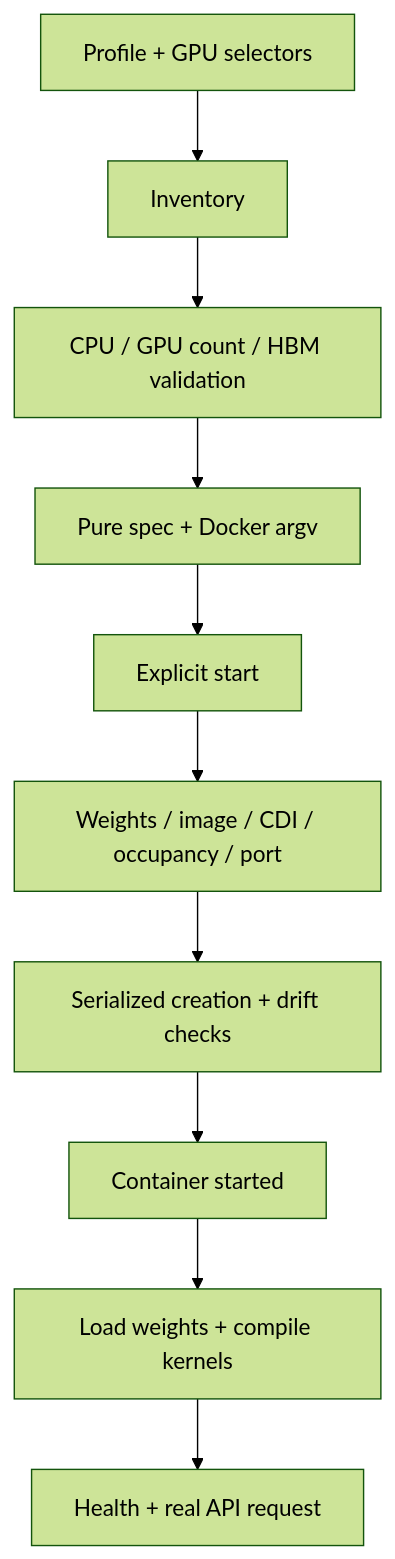
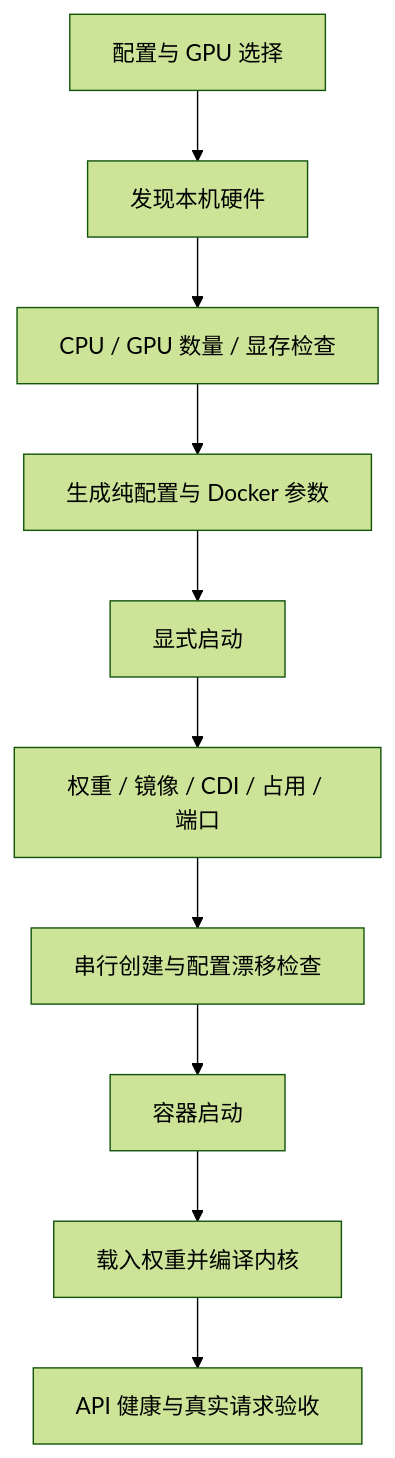
The diagram in docs/architecture.md (junli-nv/local-ai), drawn with Mermaid (forest theme) before and after one commit. The commit also changed other lines of this file and 13 other files, not shown here.

````diff
--- a/docs/architecture.md
+++ b/docs/architecture.md
@@ -31,12 +31,12 @@
 ```mermaid
 flowchart TD
-    Inputs[Profile + GPU selectors] --> Inventory
-    Inventory --> Policy[CPU / GPU count / HBM validation]
-    Policy --> Plan[Pure spec + Docker argv]
-    Plan --> Start[Explicit start]
-    Start --> Checks[Weights / image / CDI / occupancy / port]
-    Checks --> Lock[Serialized creation + drift checks]
-    Lock --> Container[Container started]
-    Container --> Warm[Load weights + compile kernels]
-    Warm --> Ready[Health + real API request]
+    Inputs[配置与 GPU 选择] --> Inventory[发现本机硬件]
+    Inventory --> Policy[CPU / GPU 数量 / 显存检查]
+    Policy --> Plan[生成纯配置与 Docker 参数]
+    Plan --> Start[显式启动]
+    Start --> Checks[权重 / 镜像 / CDI / 占用 / 端口]
+    Checks --> Lock[串行创建与配置漂移检查]
+    Lock --> Container[容器启动]
+    Container --> Warm[载入权重并编译内核]
+    Warm --> Ready[API 健康与真实请求验收]
 ```
````
